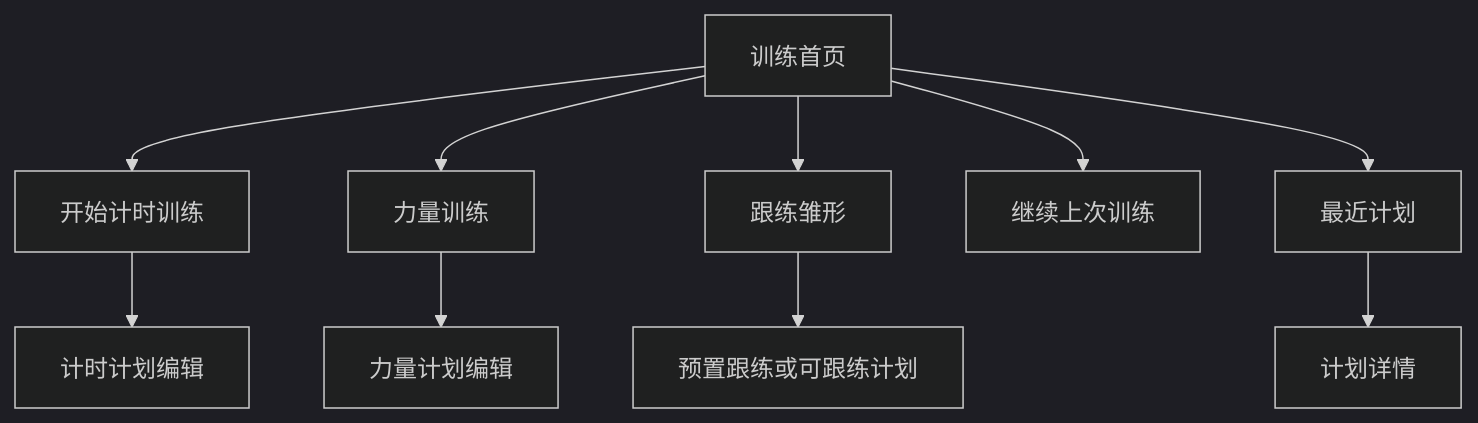
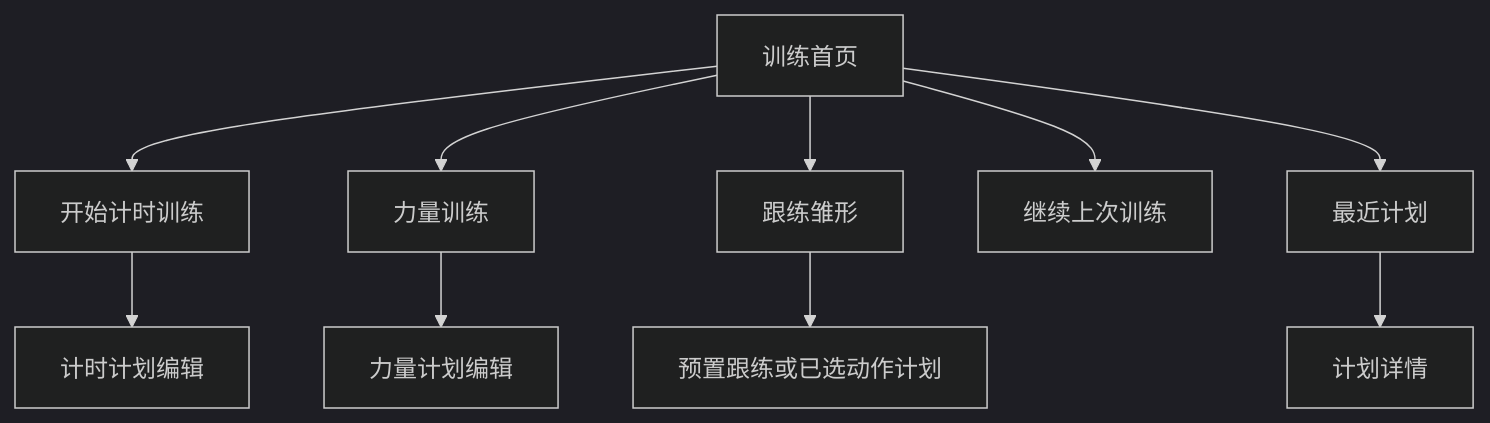
The first of 5 diagrams in docs/planning/ux-design.md (liujyks-creator/jianshen), drawn with Mermaid (dark theme) before and after one commit. The commit also changed other lines of this file and 7 other files, not shown here.

````diff
--- a/docs/planning/ux-design.md
+++ b/docs/planning/ux-design.md
@@ -66,12 +74,12 @@
 ```mermaid
 flowchart TD
     Home["训练首页"] --> QuickTimer["开始计时训练"]
     Home --> Strength["力量训练"]
     Home --> Follow["跟练雏形"]
     Home --> Resume["继续上次训练"]
     Home --> RecentPlan["最近计划"]
     QuickTimer --> TimedCreate["计时计划编辑"]
     Strength --> StrengthCreate["力量计划编辑"]
-    Follow --> FollowSelect["预置跟练或可跟练计划"]
+    Follow --> FollowSelect["预置跟练或已选动作计划"]
     RecentPlan --> PlanDetail["计划详情"]
 ```
````
